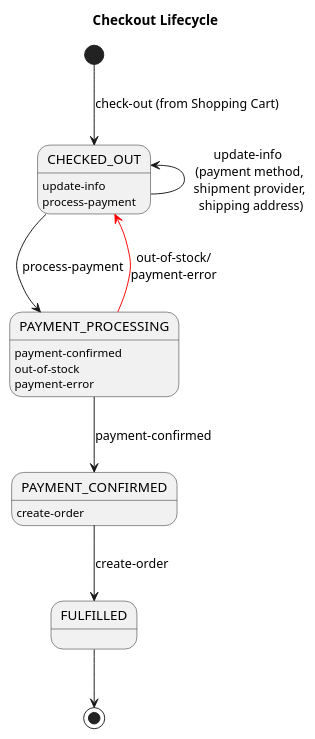
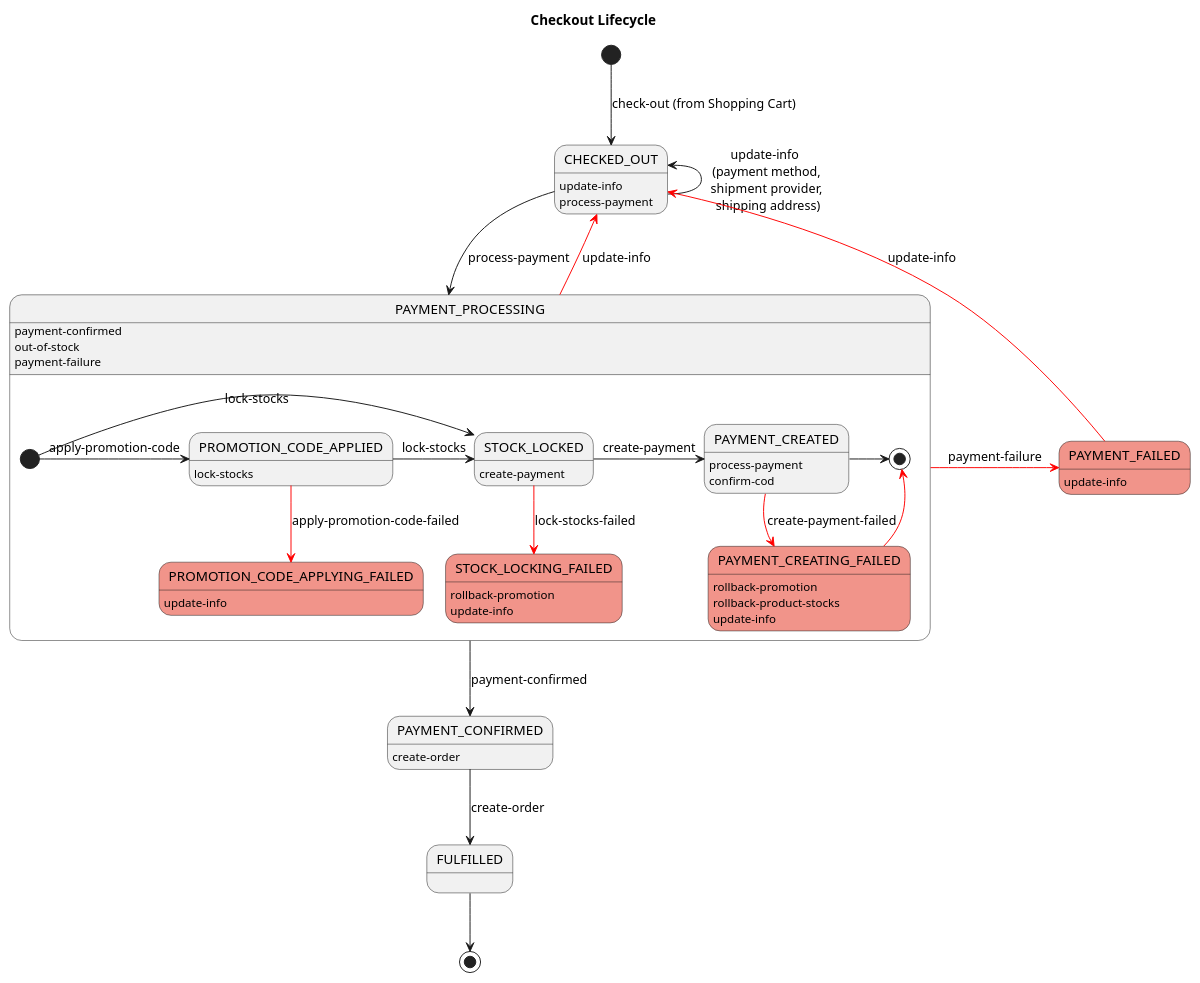
One commit to nashtech-garage/yas changed the diagram in docs/design/order-flows/diagrams/checkout.states.puml. Above: the diagram before and after it, drawn with PlantUML. The commit also changed 7 other files, not shown here.

Commit message:
Update Payment flow

```diff
--- a/docs/design/order-flows/diagrams/checkout.states.puml
+++ b/docs/design/order-flows/diagrams/checkout.states.puml
@@ -1,19 +1,44 @@
 @startuml Checkout Lifecycle
 
 title Checkout Lifecycle
 [*] --> CHECKED_OUT : check-out (from Shopping Cart)
 CHECKED_OUT -up-> CHECKED_OUT: update-info \n (payment method, \n shipment provider, \n shipping address)
 CHECKED_OUT -down-> PAYMENT_PROCESSING: process-payment
 PAYMENT_PROCESSING -down-> PAYMENT_CONFIRMED: payment-confirmed
-PAYMENT_PROCESSING -[#red]-> CHECKED_OUT: out-of-stock/\npayment-error
+PAYMENT_PROCESSING -[#red]-> CHECKED_OUT: update-info
+PAYMENT_PROCESSING -[#red]right-> PAYMENT_FAILED #f1948a: payment-failure
+PAYMENT_FAILED -[#red]up-> CHECKED_OUT: update-info
 PAYMENT_CONFIRMED -down-> FULFILLED: create-order
 FULFILLED -down-> [*]
+
+state PAYMENT_PROCESSING {
+  [*] -> PROMOTION_CODE_APPLIED: apply-promotion-code
+  [*] -> STOCK_LOCKED: lock-stocks
+  PROMOTION_CODE_APPLIED -[#red]-> PROMOTION_CODE_APPLYING_FAILED #f1948a: apply-promotion-code-failed
+  PROMOTION_CODE_APPLIED -> STOCK_LOCKED: lock-stocks
+  STOCK_LOCKED -[#red]-> STOCK_LOCKING_FAILED #f1948a: lock-stocks-failed
+  STOCK_LOCKED -> PAYMENT_CREATED: create-payment
+  PAYMENT_CREATED -[#red]down-> PAYMENT_CREATING_FAILED #f1948a: create-payment-failed
+  PAYMENT_CREATED -right-> [*]
+  PAYMENT_CREATING_FAILED -[#red]up-> [*]
+  
+  PROMOTION_CODE_APPLIED: lock-stocks
+  STOCK_LOCKED: create-payment
+  PROMOTION_CODE_APPLYING_FAILED: update-info
+  STOCK_LOCKING_FAILED: rollback-promotion
+  STOCK_LOCKING_FAILED: update-info
+  PAYMENT_CREATING_FAILED: rollback-promotion
+  PAYMENT_CREATING_FAILED: rollback-product-stocks
+  PAYMENT_CREATING_FAILED: update-info
+  PAYMENT_CREATED: process-payment
+  PAYMENT_CREATED: confirm-cod
+}
 
 CHECKED_OUT: update-info
 CHECKED_OUT: process-payment
 PAYMENT_PROCESSING: payment-confirmed
 PAYMENT_PROCESSING: out-of-stock
-PAYMENT_PROCESSING: payment-error
+PAYMENT_PROCESSING: payment-failure
 PAYMENT_CONFIRMED: create-order
-
+PAYMENT_FAILED: update-info
 @enduml
```
